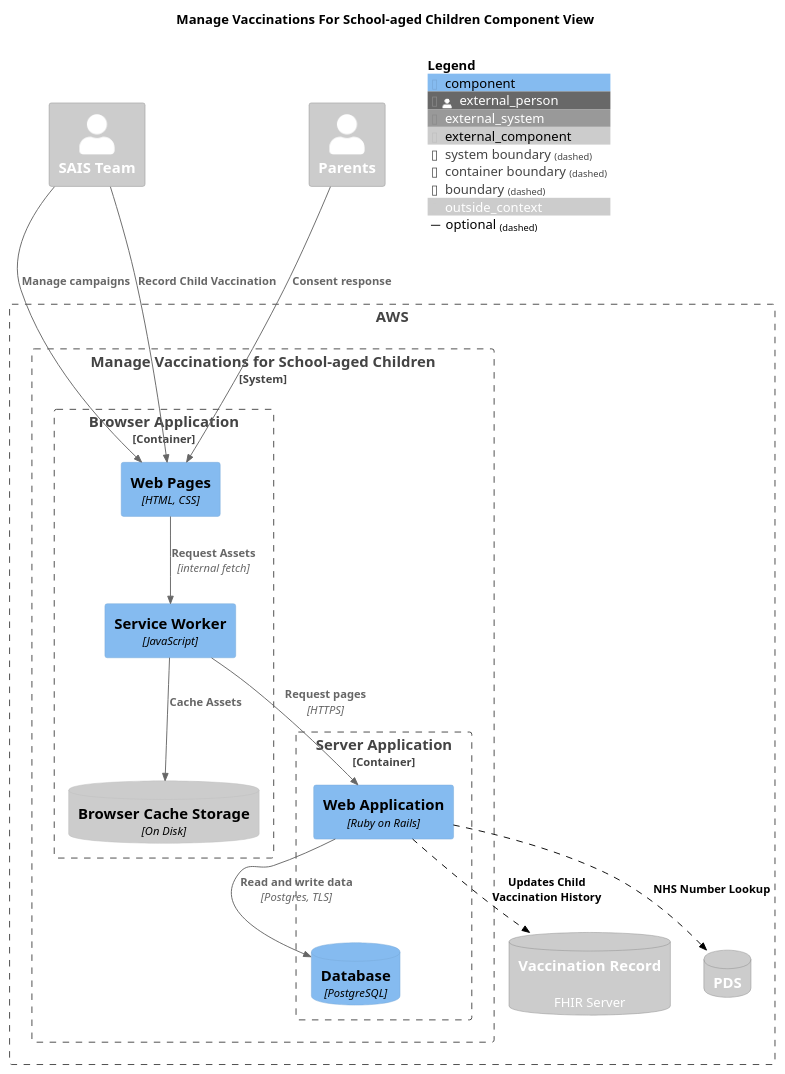
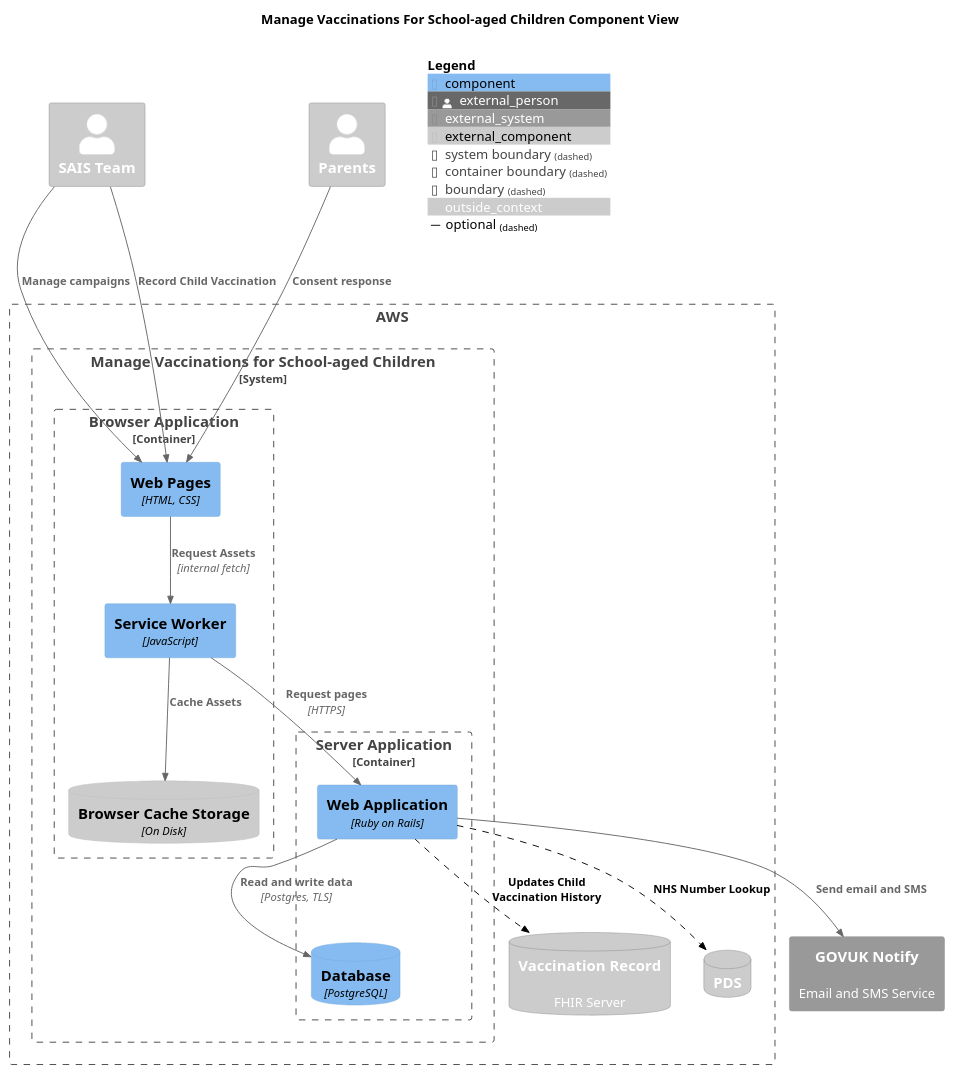
One commit to nhsuk/manage-vaccinations-in-schools changed the diagram in docs/diagrams/component-view-future.puml. Above: the diagram before and after it, drawn with PlantUML. The commit also changed 6 other files, not shown here.

Commit message:
Update architecture docs adding govuk notify etc

```diff
--- a/docs/diagrams/component-view-future.puml
+++ b/docs/diagrams/component-view-future.puml
@@ -1,49 +1,51 @@
 @startuml
 
 !include <C4/C4_Component.puml>
 
 LAYOUT_TOP_DOWN()
 
 title "Manage Vaccinations For School-aged Children Component View"
 
 AddElementTag("outside_context", $bgColor="#CCC", $fontColor="#FFF")
 
 Person_Ext(sais, "SAIS Team", $tags="outside_context")
 Person_Ext(parents, "Parents", $tags="outside_context")
 
 Boundary(aws, "AWS") {
   System_Boundary(manage, "Manage Vaccinations for School-aged Children", "") {
     Container_Boundary(browser, "Browser Application", "JavaScript") {
       Component(pages, "Web Pages", "HTML, CSS")
       Component(serviceWorker, "Service Worker", "JavaScript")
       ComponentDb_Ext(cacheStorage, "Browser Cache Storage", "On Disk")
     }
     Container_Boundary(server, "Server Application", "Ruby on Rails") {
       Component(webapp, "Web Application", "Ruby on Rails")
       ComponentDb(database, "Database", "PostgreSQL")
     }
   }
 
   SystemDb_Ext(vaccineRecord, "Vaccination Record", "FHIR Server")
   SystemDb_Ext(pds, "PDS", "")
 }
 
+System_Ext(govukNotify, "GOVUK Notify", "Email and SMS Service")
 SystemDb_Ext(vaccineRecord, "Vaccination Record", "FHIR Server", $tags="outside_context")
 SystemDb_Ext(pds, "PDS", "", $tags="outside_context")
 
 AddRelTag("optional", $textColor="black", $lineColor="black", $lineStyle="dashed")
 
 Rel(sais, pages, "Manage campaigns")
 Rel(sais, pages, "Record Child Vaccination")
 Rel(parents, pages, "Consent response")
 Rel(pages, serviceWorker, "Request Assets", "internal fetch")
 Rel(serviceWorker, cacheStorage, "Cache Assets")
 Rel(serviceWorker, webapp, "Request pages", "HTTPS")
 Rel(webapp, database, "Read and write data", "Postgres, TLS")
+Rel(webapp, govukNotify, "Send email and SMS")
 Rel(webapp, vaccineRecord, "Updates Child Vaccination History", $tags="optional")
 Rel(webapp, pds, "NHS Number Lookup", $tags="optional")
 
 
 SHOW_FLOATING_LEGEND()
 
 @enduml
```
